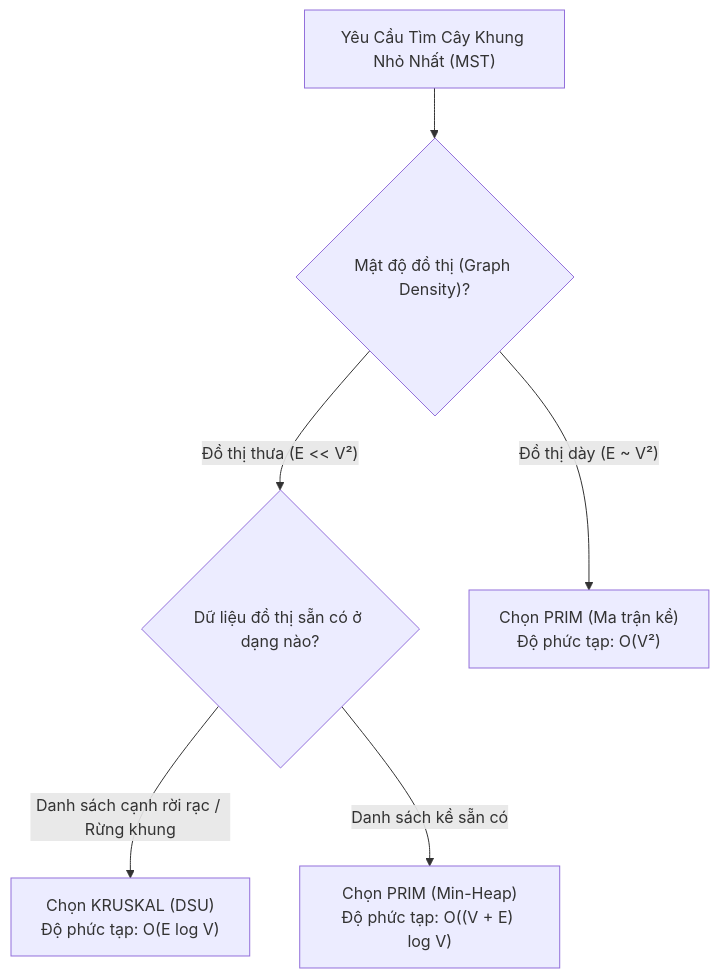
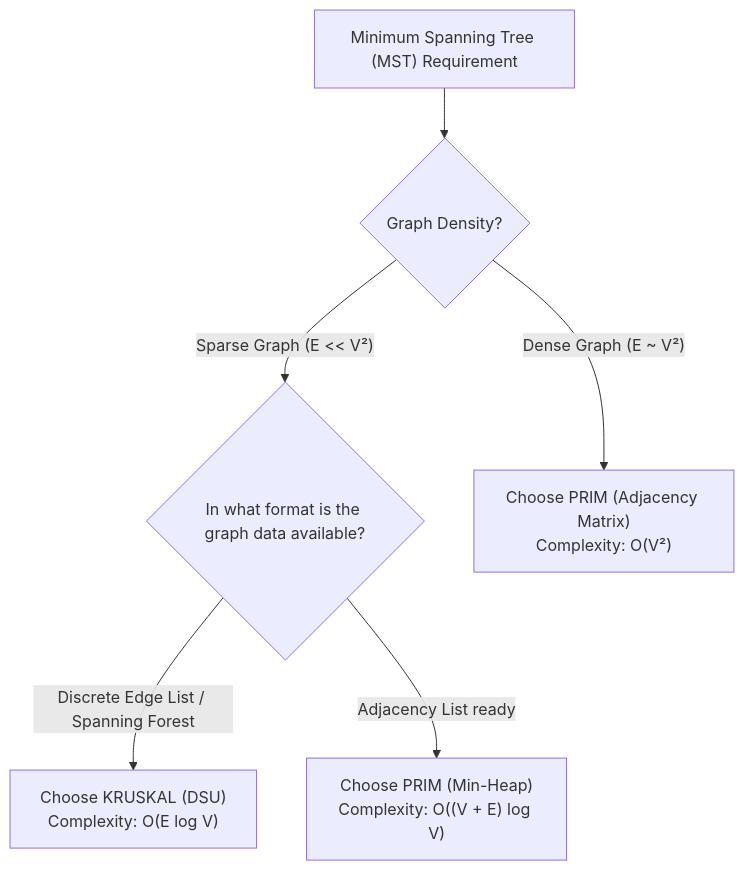
Before and after one commit to ga2631/ga2631.github.io: the diagram in src/data/blog/en/46-2026-06-11-minimum-spanning-tree-algorithms-comparison-kruskal-vs-prim.md, drawn with Mermaid. The commit also changed other lines of this file and 74 other files, not shown here.

````diff
--- a/src/data/blog/en/46-2026-06-11-minimum-spanning-tree-algorithms-comparison-kruskal-vs-prim.md
+++ b/src/data/blog/en/46-2026-06-11-minimum-spanning-tree-algorithms-comparison-kruskal-vs-prim.md
@@ -91,10 +91,10 @@
 ```mermaid
 flowchart TD
-    Start["Yêu Cầu Tìm Cây Khung Nhỏ Nhất (MST)"] --> DensityCheck{"Mật độ đồ thị (Graph Density)?"}
+    Start["Minimum Spanning Tree (MST) Requirement"] --> DensityCheck{"Graph Density?"}
 
-    DensityCheck -->|"Đồ thị thưa (E << V²)"| RepCheck{"Dữ liệu đồ thị sẵn có ở dạng nào?"}
-    DensityCheck -->|"Đồ thị dày (E ~ V²)"| RunPrimMatrix["Chọn PRIM (Ma trận kề)<br/>Độ phức tạp: O(V²)"]
+    DensityCheck -->|"Sparse Graph (E << V²)"| RepCheck{"In what format is the graph data available?"}
+    DensityCheck -->|"Dense Graph (E ~ V²)"| RunPrimMatrix["Choose PRIM (Adjacency Matrix)<br/>Complexity: O(V²)"]
 
-    RepCheck -->|"Danh sách cạnh rời rạc / Rừng khung"| RunKruskal["Chọn KRUSKAL (DSU)<br/>Độ phức tạp: O(E log V)"]
-    RepCheck -->|"Danh sách kề sẵn có"| RunPrimPQ["Chọn PRIM (Min-Heap)<br/>Độ phức tạp: O((V + E) log V)"]
+    RepCheck -->|"Discrete Edge List / Spanning Forest"| RunKruskal["Choose KRUSKAL (DSU)<br/>Complexity: O(E log V)"]
+    RepCheck -->|"Adjacency List ready"| RunPrimPQ["Choose PRIM (Min-Heap)<br/>Complexity: O((V + E) log V)"]
 ```
````
